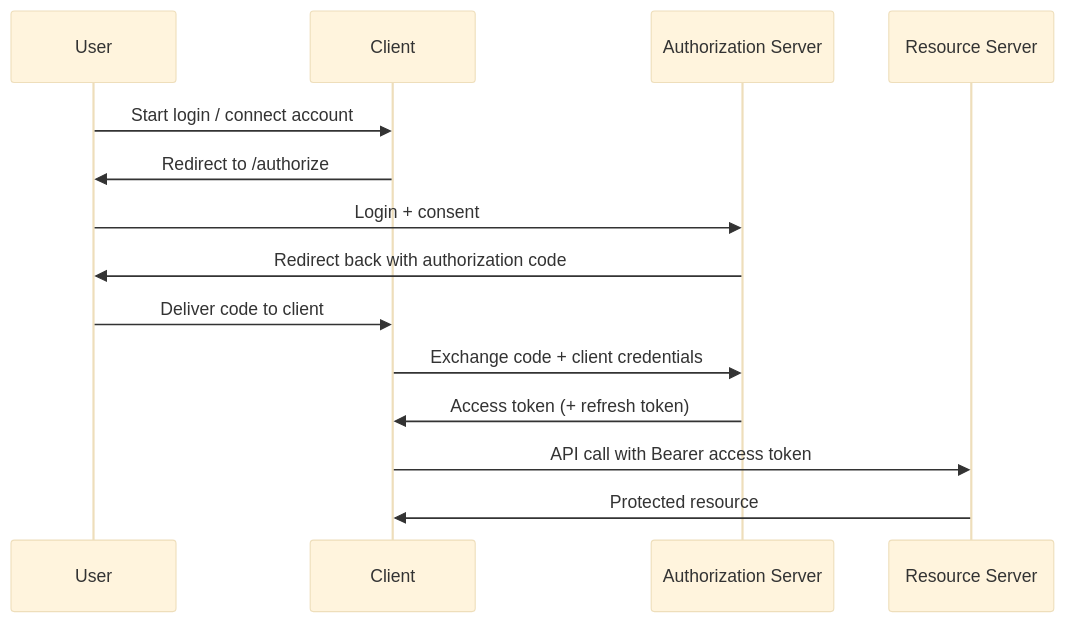
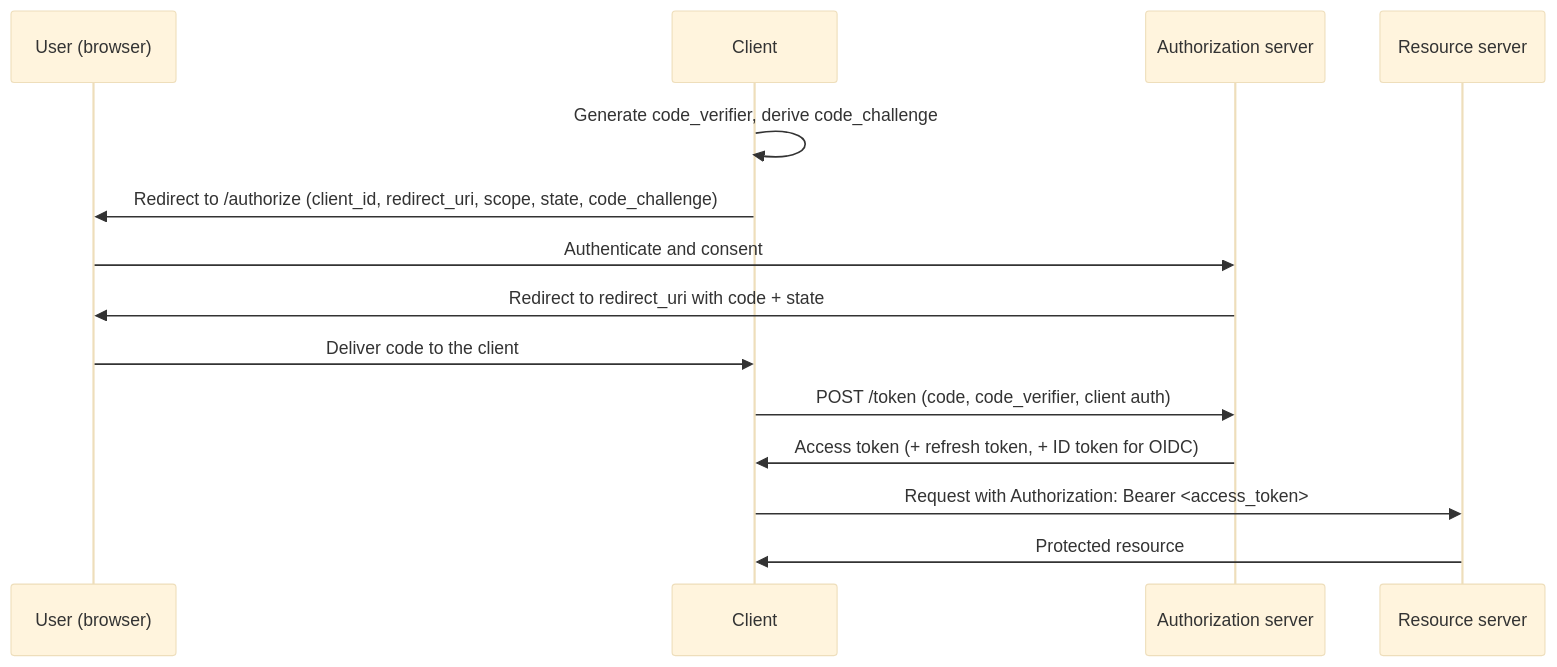
Before and after one commit to mohllal/system-design-interview-prep: the second of 4 diagrams in advanced/01-oauth2.md, drawn with Mermaid (base theme). The commit also changed other lines of this file and 6 other files, not shown here.

````diff
--- a/advanced/01-oauth2.md
+++ b/advanced/01-oauth2.md
@@ -66,17 +100,17 @@
 ```mermaid
 sequenceDiagram
-    participant U as User
+    participant U as User (browser)
     participant C as Client
-    participant AS as Authorization Server
-    participant RS as Resource Server
+    participant AS as Authorization server
+    participant RS as Resource server
 
-    U->>C: Start login / connect account
-    C->>U: Redirect to /authorize
-    U->>AS: Login + consent
-    AS->>U: Redirect back with authorization code
-    U->>C: Deliver code to client
-    C->>AS: Exchange code + client credentials
-    AS->>C: Access token (+ refresh token)
-    C->>RS: API call with Bearer access token
+    C->>C: Generate code_verifier, derive code_challenge
+    C->>U: Redirect to /authorize (client_id, redirect_uri, scope, state, code_challenge)
+    U->>AS: Authenticate and consent
+    AS->>U: Redirect to redirect_uri with code + state
+    U->>C: Deliver code to the client
+    C->>AS: POST /token (code, code_verifier, client auth)
+    AS->>C: Access token (+ refresh token, + ID token for OIDC)
+    C->>RS: Request with Authorization: Bearer <access_token>
     RS->>C: Protected resource
 ```
````
